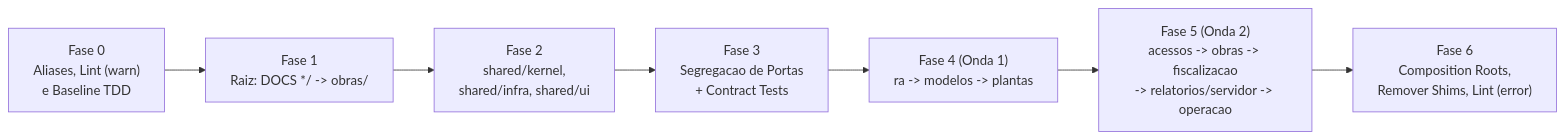
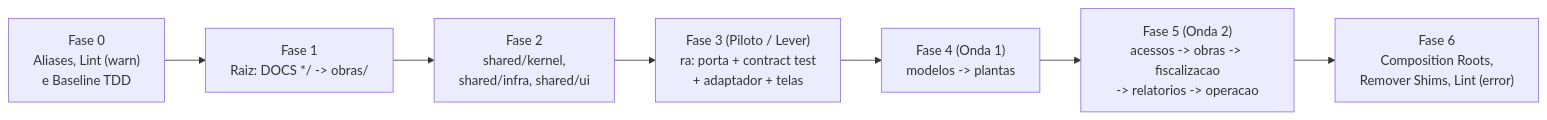
The fifth of 5 diagrams in docs/plano-arquitetura-organizacao.md (PFAN1234/MINIAPPCOFZ), drawn with Mermaid before and after one commit. The commit also changed other lines of this file, not shown here.

````diff
--- a/docs/plano-arquitetura-organizacao.md
+++ b/docs/plano-arquitetura-organizacao.md
@@ -596,12 +587,12 @@
 ```mermaid
 flowchart LR
     F0["Fase 0<br/>Aliases, Lint (warn)<br/>e Baseline TDD"]
     F1["Fase 1<br/>Raiz: DOCS */ -> obras/"]
     F2["Fase 2<br/>shared/kernel,<br/>shared/infra, shared/ui"]
-    F3["Fase 3<br/>Segregacao de Portas<br/>+ Contract Tests"]
-    F4["Fase 4 (Onda 1)<br/>ra -> modelos -> plantas"]
-    F5["Fase 5 (Onda 2)<br/>acessos -> obras -> fiscalizacao<br/>-> relatorios/servidor -> operacao"]
+    F3["Fase 3 (Piloto / Lever)<br/>ra: porta + contract test<br/>+ adaptador + telas"]
+    F4["Fase 4 (Onda 1)<br/>modelos -> plantas"]
+    F5["Fase 5 (Onda 2)<br/>acessos -> obras -> fiscalizacao<br/>-> relatorios -> operacao"]
     F6["Fase 6<br/>Composition Roots,<br/>Remover Shims, Lint (error)"]
 
     F0 --> F1 --> F2 --> F3 --> F4 --> F5 --> F6
 ```
````
